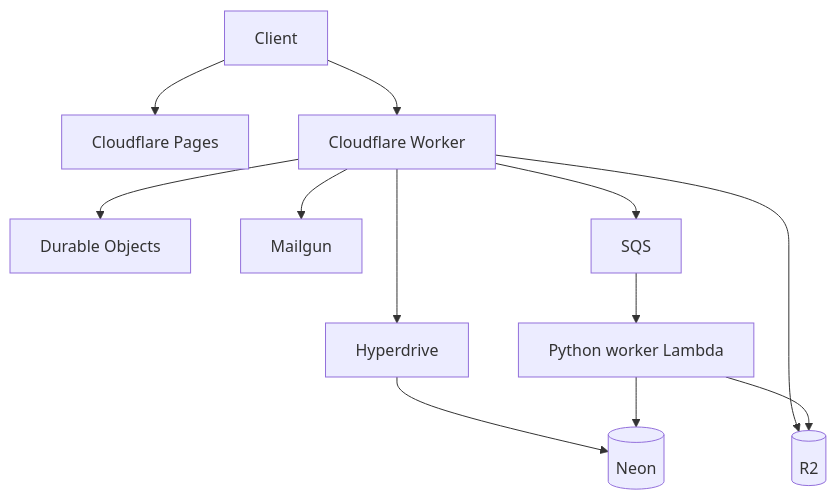
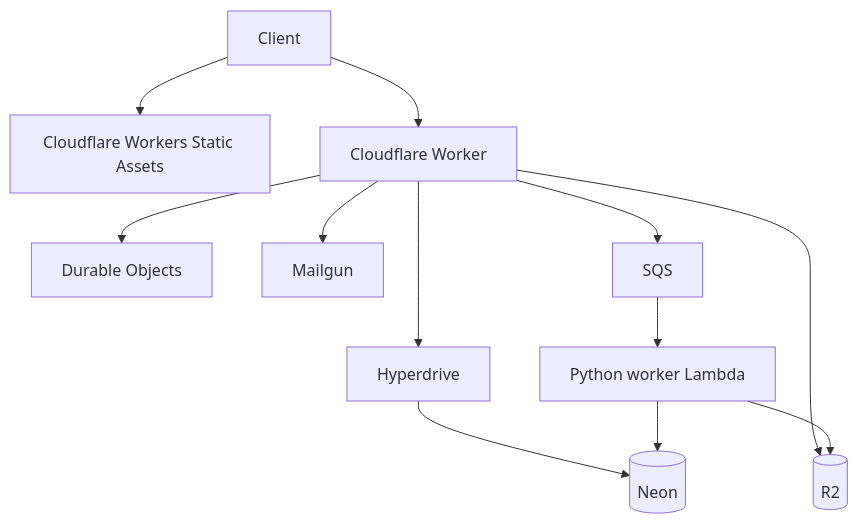
One commit to yukiharada1228/videoq changed the second of 2 diagrams in apps/docs/i18n/ja/docusaurus-plugin-content-docs/current/design/deployment-diagram.md. Above: the diagram before and after it, drawn with Mermaid. The commit also changed other lines of this file and 21 other files, not shown here.

First line of the commit message:
feat(web): migrate Pages frontend to Workers Static Assets (#945)

````diff
--- a/apps/docs/i18n/ja/docusaurus-plugin-content-docs/current/design/deployment-diagram.md
+++ b/apps/docs/i18n/ja/docusaurus-plugin-content-docs/current/design/deployment-diagram.md
@@ -28,13 +28,13 @@
 ```mermaid
 flowchart TB
-    Client --> Pages[Cloudflare Pages]
+    Client --> Web[Cloudflare Workers Static Assets]
     Client --> API[Cloudflare Worker]
     API --> HD[Hyperdrive] --> Neon[(Neon)]
     API --> R2[(R2)]
     API --> DO[Durable Objects]
     API --> Mailgun[Mailgun]
     API --> SQS[SQS]
     SQS --> Lambda[Python worker Lambda]
     Lambda --> Neon
     Lambda --> R2
 ```
````
